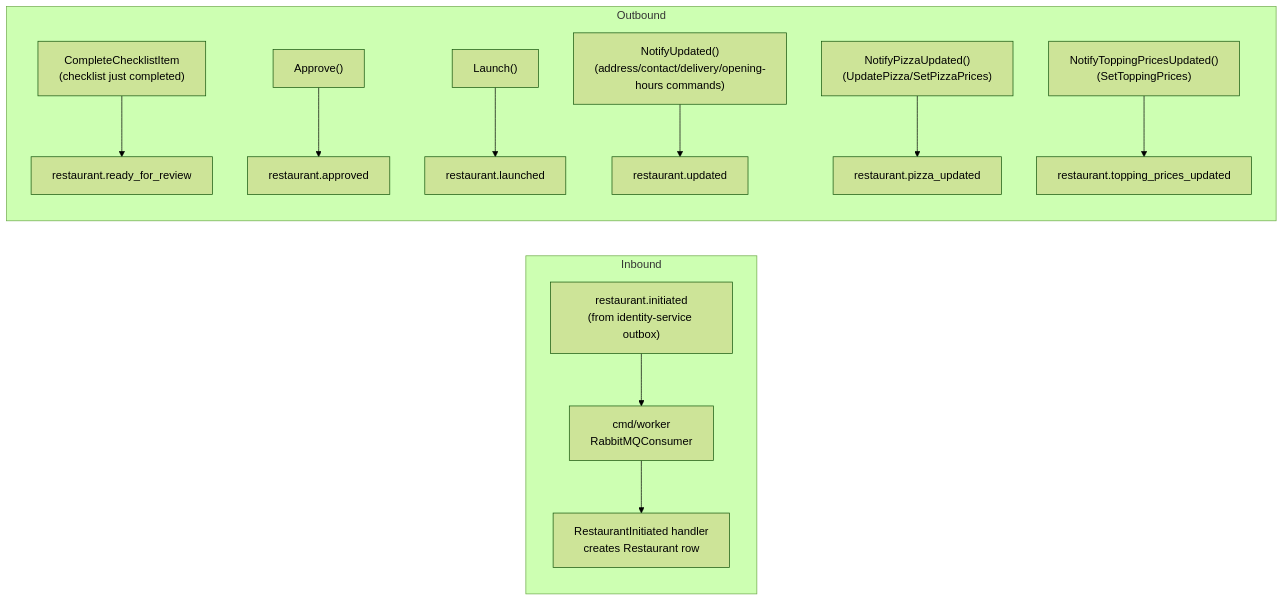
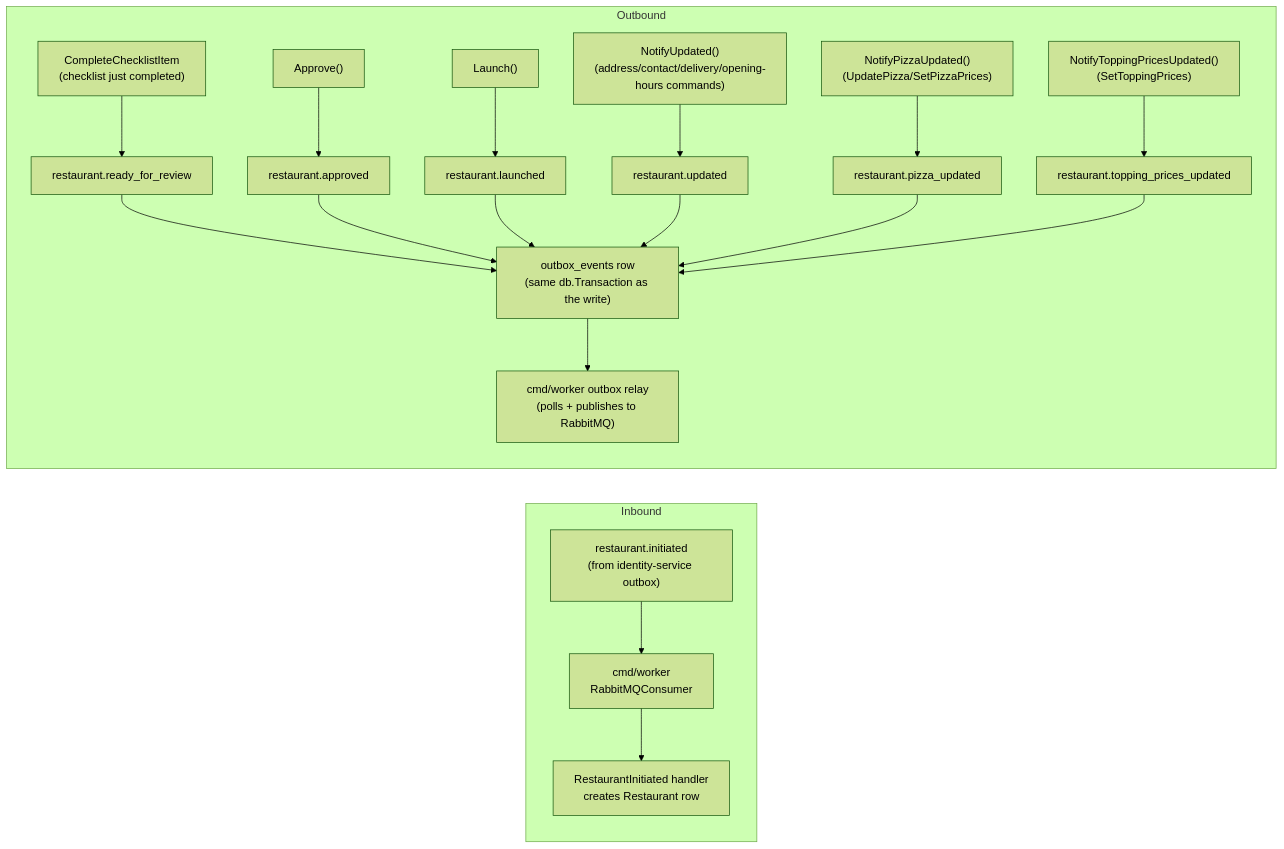
Before and after one commit to tarique-iqbal/pizza-marketplace: the second of 2 diagrams in docs/services/restaurant-service.md, drawn with Mermaid (forest theme). The commit also changed other lines of this file, not shown here.

Commit message:
docs: document restaurant-service outbox relay

````diff
--- a/docs/services/restaurant-service.md
+++ b/docs/services/restaurant-service.md
@@ -118,15 +123,17 @@
 ```mermaid
 flowchart LR
     subgraph Inbound
         RI["restaurant.initiated\n(from identity-service outbox)"] --> W["cmd/worker\nRabbitMQConsumer"]
         W --> D["RestaurantInitiated handler\ncreates Restaurant row"]
     end
     subgraph Outbound
         D2["CompleteChecklistItem\n(checklist just completed)"] --> E1["restaurant.ready_for_review"]
         E2A["Approve()"] --> E2["restaurant.approved"]
         E3A["Launch()"] --> E3["restaurant.launched"]
         E4A["NotifyUpdated()\n(address/contact/delivery/opening-hours commands)"] --> E4["restaurant.updated"]
         E5A["NotifyPizzaUpdated()\n(UpdatePizza/SetPizzaPrices)"] --> E5["restaurant.pizza_updated"]
         E6A["NotifyToppingPricesUpdated()\n(SetToppingPrices)"] --> E6["restaurant.topping_prices_updated"]
+        E1 & E2 & E3 & E4 & E5 & E6 --> OB["outbox_events row\n(same db.Transaction as the write)"]
+        OB --> RL["cmd/worker outbox relay\n(polls + publishes to RabbitMQ)"]
     end
 ```
````
